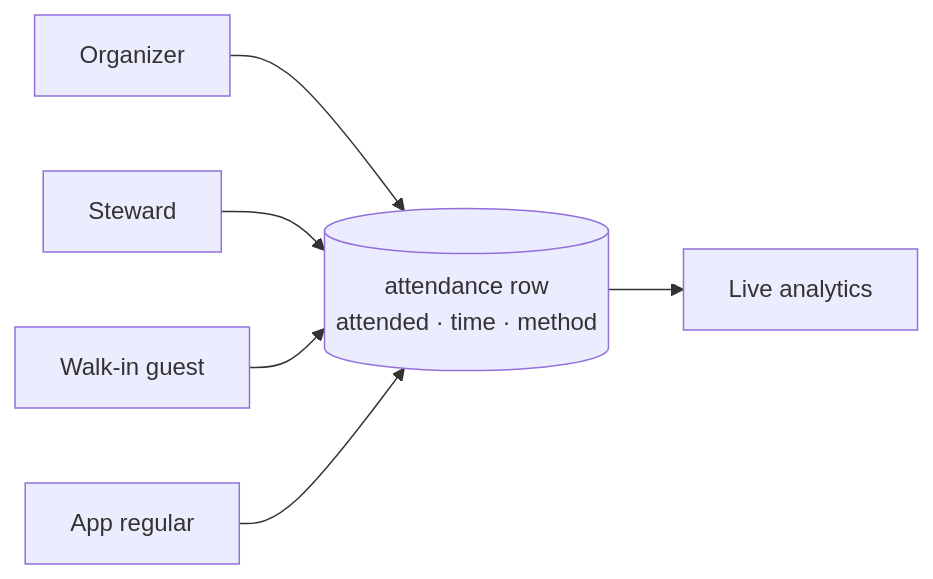
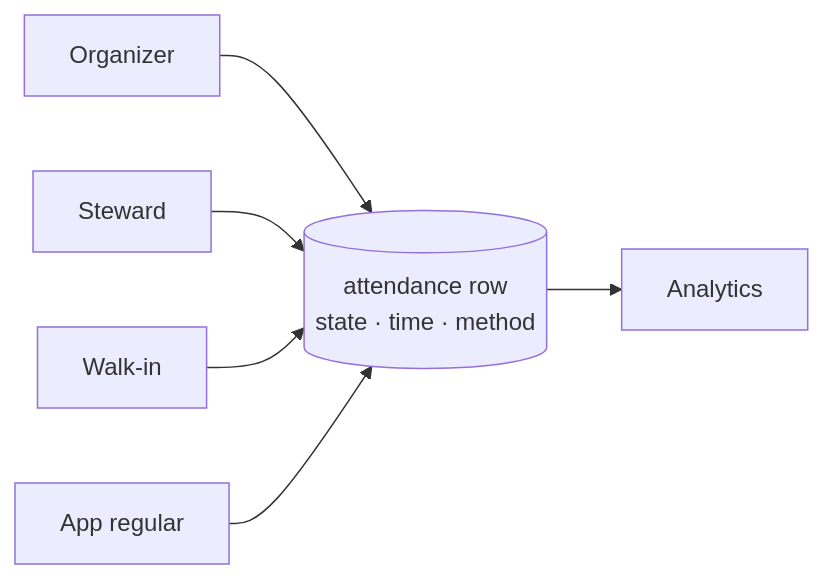
Before and after one commit to codewreaker/credopass: the first of 4 diagrams in README.md, drawn with Mermaid. The commit also changed other lines of this file and 39 other files, not shown here.

````diff
--- a/README.md
+++ b/README.md
@@ -34,8 +34,8 @@
 ```mermaid
 flowchart LR
-    O["Organizer"] --> A[("attendance row<br/>attended · time · method")]
+    O["Organizer"] --> A[("attendance row<br/>state · time · method")]
     D["Steward"] --> A
-    G["Walk-in guest"] --> A
+    G["Walk-in"] --> A
     M["App regular"] --> A
-    A --> AN["Live analytics"]
+    A --> AN["Analytics"]
 ```
````
